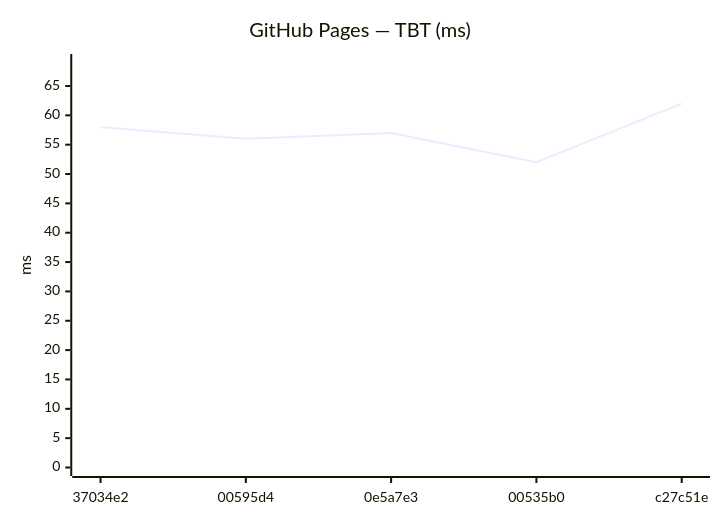
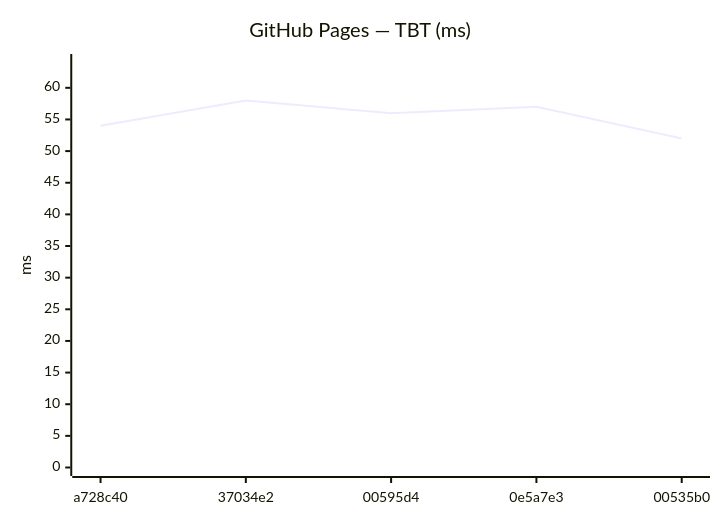
Diagram 12 of 24 in benchmarks/compare.md (Metaheurist/Rianell), drawn with Mermaid before and after one commit. The commit also changed other lines of this file and 12 other files, not shown here.

````diff
--- a/benchmarks/compare.md
+++ b/benchmarks/compare.md
@@ -168,7 +172,7 @@
 ```mermaid
 xychart-beta
     title "GitHub Pages — TBT (ms)"
-    x-axis ["37034e2", "00595d4", "0e5a7e3", "00535b0", "c27c51e"]
-    y-axis "ms" 0 --> 69
-    line [58, 56, 57, 52, 62]
+    x-axis ["a728c40", "37034e2", "00595d4", "0e5a7e3", "00535b0"]
+    y-axis "ms" 0 --> 64
+    line [54, 58, 56, 57, 52]
 ```
````
